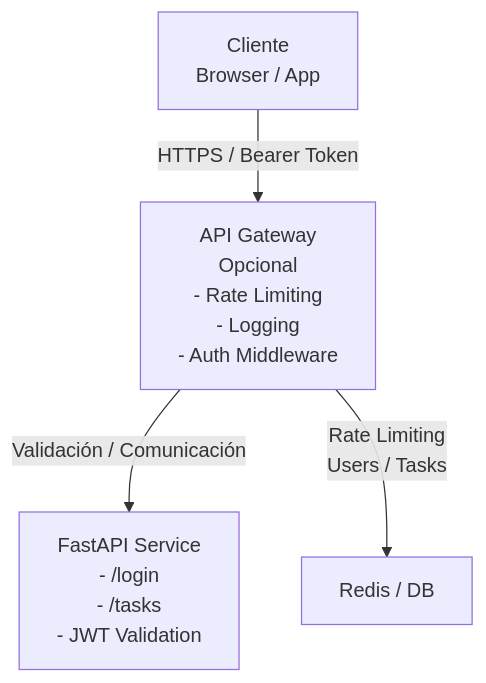
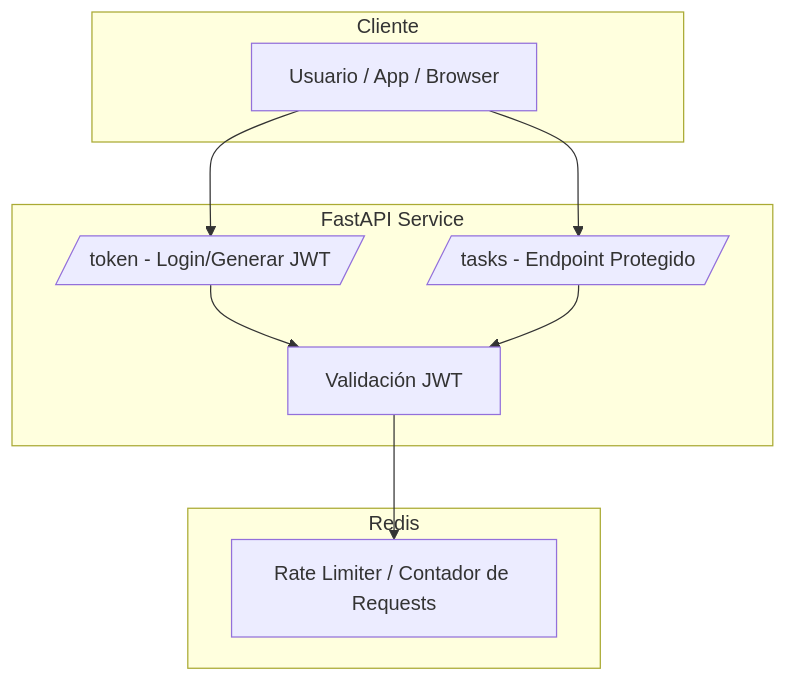
The diagram in README.md (ryu1uga/2025-1.1051-252.Trabajo_Individual1), drawn with Mermaid before and after one commit.

````diff
--- a/README.md
+++ b/README.md
@@ -74,6 +74,22 @@
 ```mermaid
-graph TD
-    A[Cliente <br> Browser / App] -->|HTTPS / Bearer Token| B[API Gateway <br> Opcional <br> - Rate Limiting <br> - Logging <br> - Auth Middleware]
-    B -->|Validación / Comunicación| C[FastAPI Service <br> - /login <br> - /tasks <br> - JWT Validation]
-    B -->|Rate Limiting <br> Users / Tasks| D[Redis / DB]
+flowchart TB
+    subgraph Cliente
+        A[Usuario / App / Browser]
+    end
+
+    subgraph API [FastAPI Service]
+        B[/token - Login/Generar JWT/]
+        C[/tasks - Endpoint Protegido/]
+        D[Validación JWT]
+    end
+
+    subgraph RedisService [Redis]
+        E[Rate Limiter / Contador de Requests]
+    end
+
+    A --> B
+    B --> D
+    A --> C
+    C --> D
+    D --> E
 ```
````
